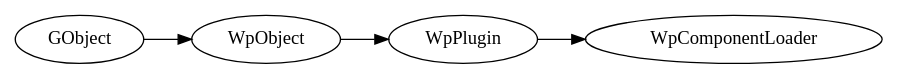
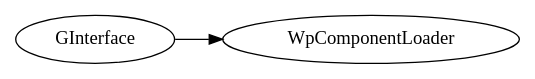
Before and after one commit to PipeWire/wireplumber: the diagram in docs/rst/c_api/component_loader_api.rst, drawn with Graphviz. The commit also changed other lines of this file, not shown here.

Commit message:
docs: fix WpComponentLoader documentation page

```diff
--- a/docs/rst/c_api/component_loader_api.rst
+++ b/docs/rst/c_api/component_loader_api.rst
@@ -5,9 +5,7 @@
 .. graphviz::
   :align: center
 
    digraph inheritance {
       rankdir=LR;
-      GObject -> WpObject;
-      WpObject -> WpPlugin;
-      WpPlugin -> WpComponentLoader;
+      GInterface -> WpComponentLoader;
    }
```
